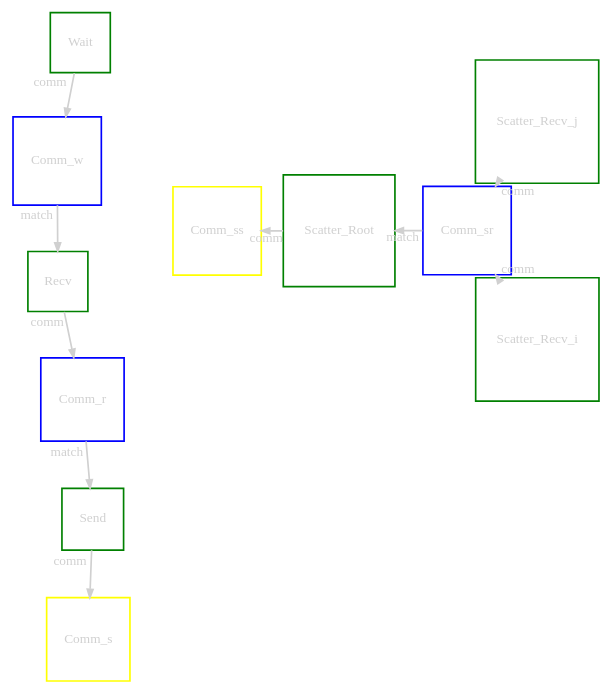
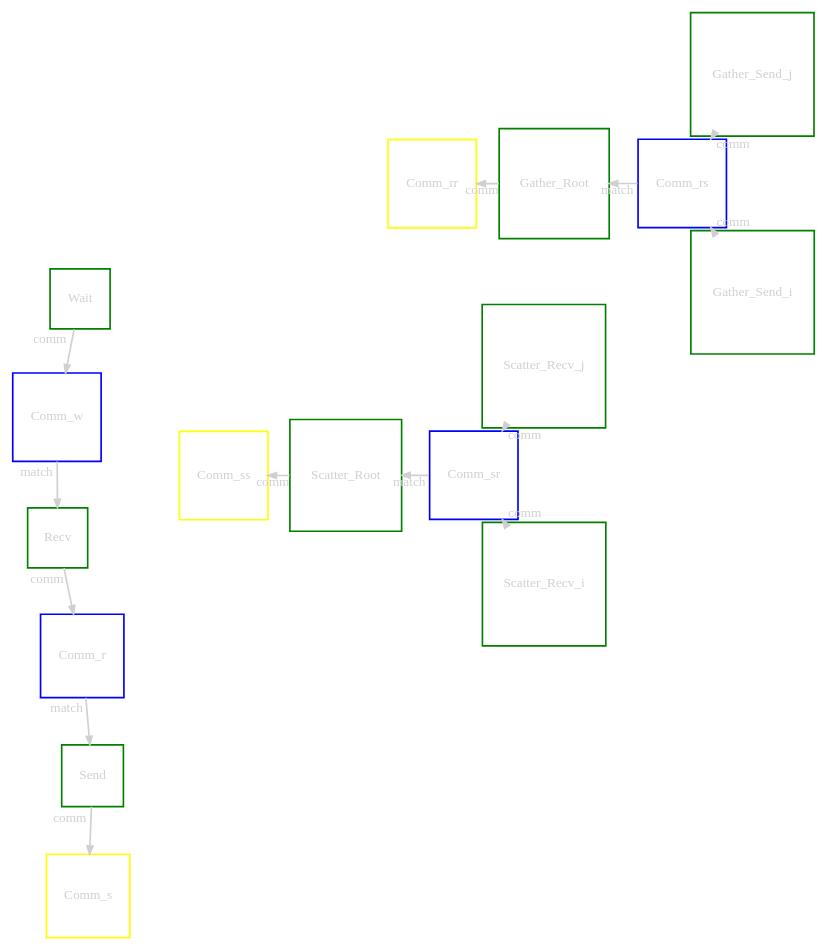
The diagram in README.org (afarah1/pj_compensate), drawn with Graphviz before and after one commit. The commit also changed 8 other files, not shown here.

```diff
--- a/README.org
+++ b/README.org
@@ -264,29 +264,38 @@
 #+begin_src dot :file graph.png :exports results
 digraph {
   bgcolor="transparent"
   layout="neato"
   node [color="#D0D0D0", fontcolor="#D0D0D0", shape="square", fontsize="8"]
   edge [color="#D0D0D0", fontcolor="#D0D0D0", fontsize=8, arrowsize=0.5 ]
   color="#D0D0D0"
   Recv           [ color="green"  ] // State
   Comm_r         [ color="blue"   ] // Comm
   Comm_s         [ color="yellow" ] // Comm (fake, bytes only)
   Comm_ss        [ color="yellow" ]
+  Comm_rr        [ color="yellow" ]
   Comm_w         [ color="blue"   ]
   Send           [ color="green"  ]
   Wait           [ color="green"  ]
   Comm_sr        [ color="blue"   ]
   Scatter_Recv_i [ color="green"  ]
   Scatter_Recv_j [ color="green"  ]
   Scatter_Root   [ color="green"  ]
-  Recv   -> Comm_r          [ label="comm"    ]
+  Comm_rs        [ color="blue"   ]
+  Gather_Send_i  [ color="green"  ]
+  Gather_Send_j  [ color="green"  ]
+  Gather_Root    [ color="green"  ]
+  Recv   -> Comm_r          [ label="comm"  ]
   Comm_r -> Send            [ label="match" ]
-  Send   -> Comm_s          [ label="comm"    ]
-  Wait   -> Comm_w          [ label="comm"    ]
+  Send   -> Comm_s          [ label="comm"  ]
+  Wait   -> Comm_w          [ label="comm"  ]
   Comm_w -> Recv            [ label="match" ]
-  Scatter_Recv_i -> Comm_sr [ label="comm"    ]
-  Scatter_Recv_j -> Comm_sr [ label="comm"    ]
+  Scatter_Recv_i -> Comm_sr [ label="comm"  ]
+  Scatter_Recv_j -> Comm_sr [ label="comm"  ]
   Comm_sr -> Scatter_Root   [ label="match" ]
-  Scatter_Root -> Comm_ss   [ label="comm"    ]
+  Scatter_Root -> Comm_ss   [ label="comm"  ]
+  Gather_Send_i -> Comm_rs  [ label="comm"   ]
+  Gather_Send_j -> Comm_rs  [ label="comm"   ]
+  Comm_rs -> Gather_Root    [ label="match"  ]
+  Gather_Root -> Comm_rr    [ label="comm"   ]
 }
 #+end_src
```
